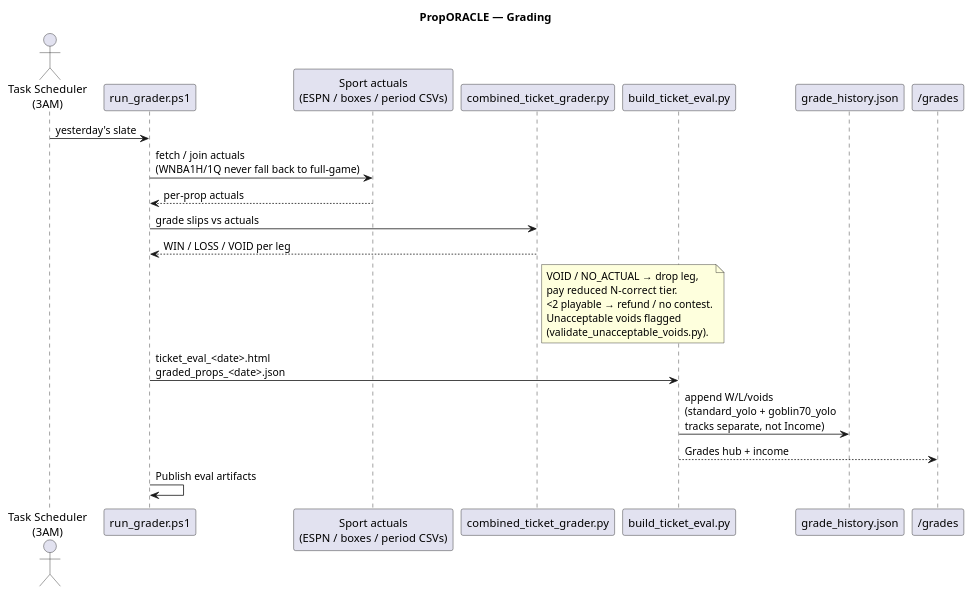
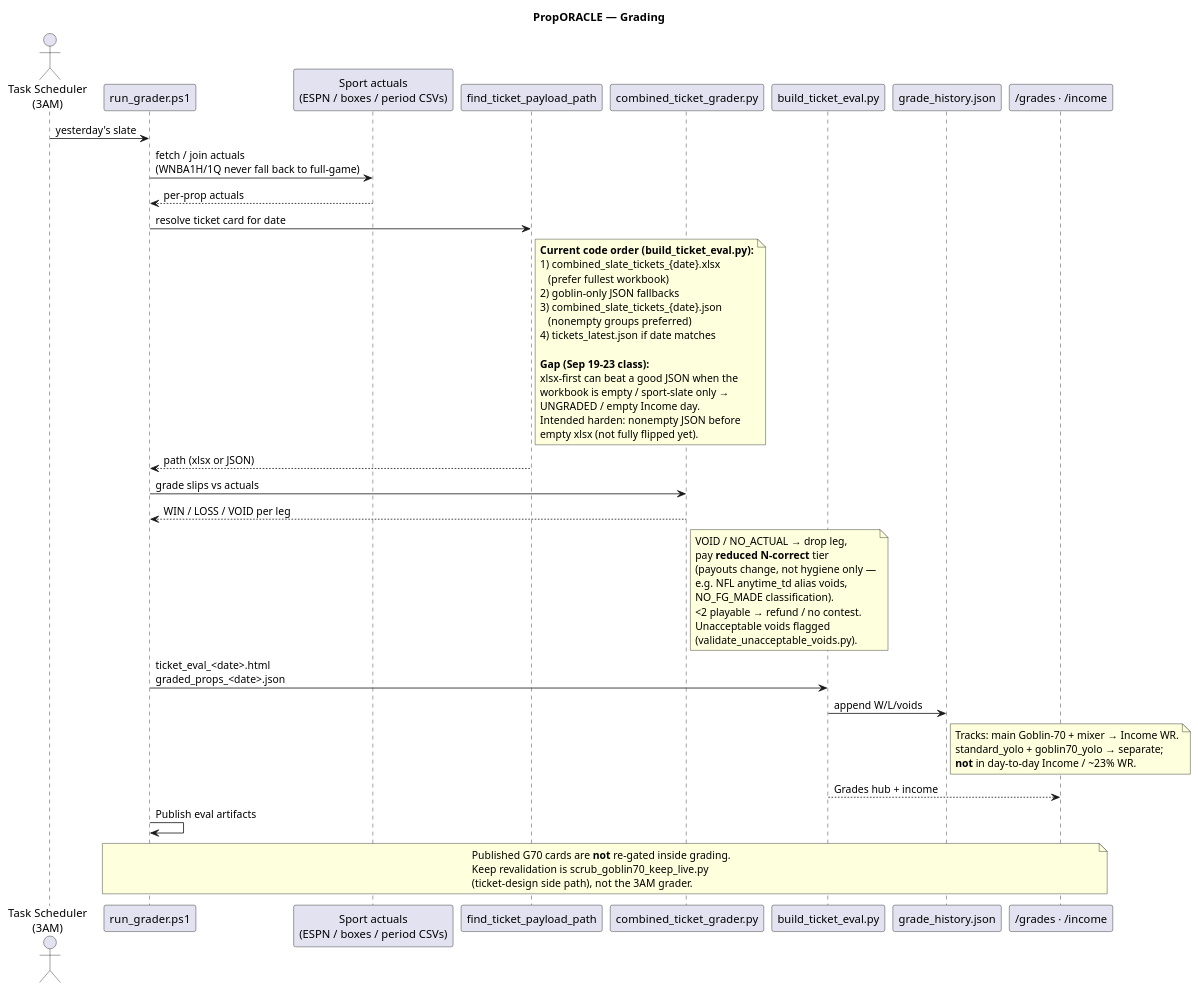
Before and after one commit to halekevi/PropORACLE: the diagram in docs/diagrams/grading.puml, drawn with PlantUML. The commit also changed 1 other file, not shown here.

Commit message:
docs: Mark ticket/grade UML gaps against live paths.
Ticket design notes Invoke-G70WriteWebStandalone vs run_daily direct py, keep-file overrides, and keep scrub. Grading shows xlsx-first resolve and VOID payout impact.

```diff
--- a/docs/diagrams/grading.puml
+++ b/docs/diagrams/grading.puml
@@ -1,34 +1,69 @@
 @startuml PropORACLE_Grading
-' Grading — 3AM grader + void-aware ticket eval
+' Grading — 3AM grader + void-aware ticket eval (reality + known gaps)
 ' Render: PlantUML extension or https://www.plantuml.com/plantuml
 
 title PropORACLE — Grading
 
 actor Sched as "Task Scheduler\n(3AM)"
 participant "run_grader.ps1" as Grader
 participant "Sport actuals\n(ESPN / boxes / period CSVs)" as Actuals
+participant "find_ticket_payload_path" as Resolve
 participant "combined_ticket_grader.py" as TickGrade
 participant "build_ticket_eval.py" as Eval
 participant "grade_history.json" as Hist
-participant "/grades" as UI
+participant "/grades · /income" as UI
 
 Sched -> Grader : yesterday's slate
 Grader -> Actuals : fetch / join actuals\n(WNBA1H/1Q never fall back to full-game)
 Actuals --> Grader : per-prop actuals
+
+Grader -> Resolve : resolve ticket card for date
+note right of Resolve
+  **Current code order (build_ticket_eval.py):**
+  1) combined_slate_tickets_{date}.xlsx
+     (prefer fullest workbook)
+  2) goblin-only JSON fallbacks
+  3) combined_slate_tickets_{date}.json
+     (nonempty groups preferred)
+  4) tickets_latest.json if date matches
+
+  **Gap (Sep 19–23 class):**
+  xlsx-first can beat a good JSON when the
+  workbook is empty / sport-slate only →
+  UNGRADED / empty Income day.
+  Intended harden: nonempty JSON before
+  empty xlsx (not fully flipped yet).
+end note
+Resolve --> Grader : path (xlsx or JSON)
+
 Grader -> TickGrade : grade slips vs actuals
 TickGrade --> Grader : WIN / LOSS / VOID per leg
 
 note right of TickGrade
   VOID / NO_ACTUAL → drop leg,
-  pay reduced N-correct tier.
+  pay **reduced N-correct** tier
+  (payouts change, not hygiene only —
+  e.g. NFL anytime_td alias voids,
+  NO_FG_MADE classification).
   <2 playable → refund / no contest.
   Unacceptable voids flagged
   (validate_unacceptable_voids.py).
 end note
 
 Grader -> Eval : ticket_eval_<date>.html\ngraded_props_<date>.json
-Eval -> Hist : append W/L/voids\n(standard_yolo + goblin70_yolo\ntracks separate, not Income)
+Eval -> Hist : append W/L/voids
+note right of Hist
+  Tracks: main Goblin-70 + mixer → Income WR.
+  standard_yolo + goblin70_yolo → separate;
+  **not** in day-to-day Income / ~23% WR.
+end note
 Eval --> UI : Grades hub + income
 Grader -> Grader : Publish eval artifacts
 
+note over Grader, UI
+  Published G70 cards are **not** re-gated inside grading.
+  Keep revalidation is scrub_goblin70_keep_live.py
+  (ticket-design side path), not the 3AM grader.
+end note
+
 @enduml
```
